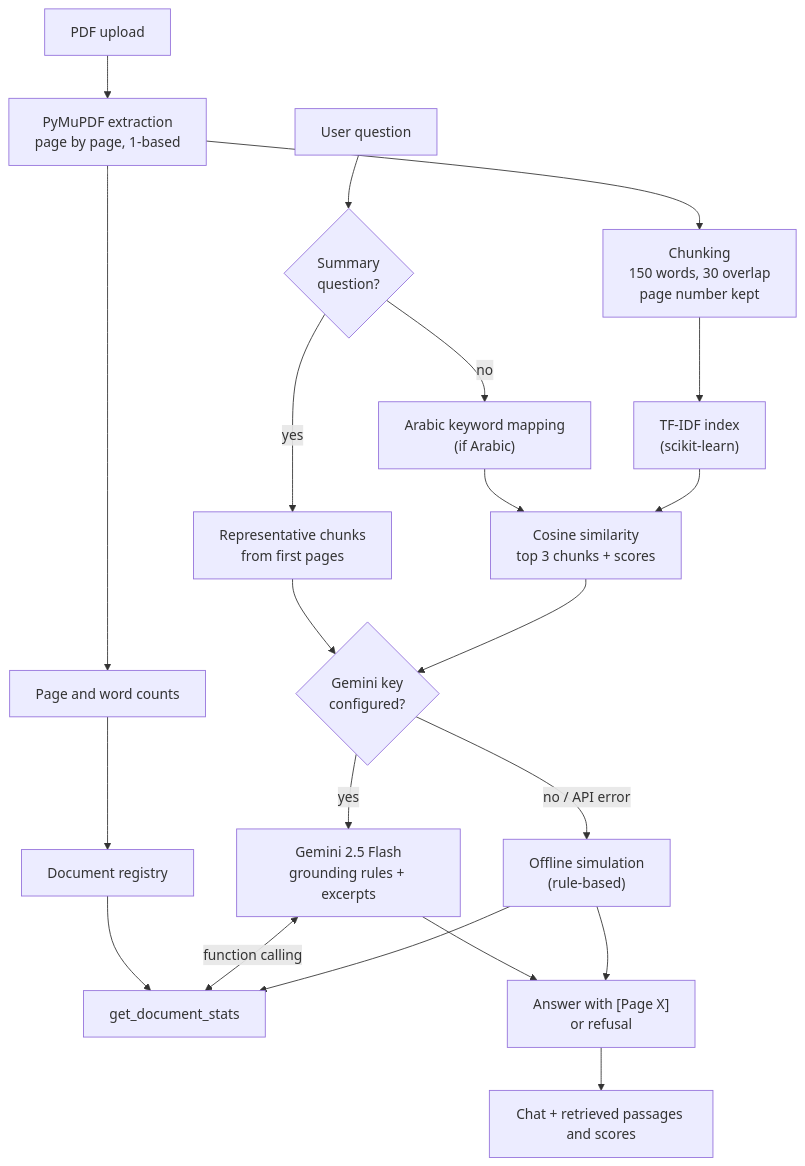
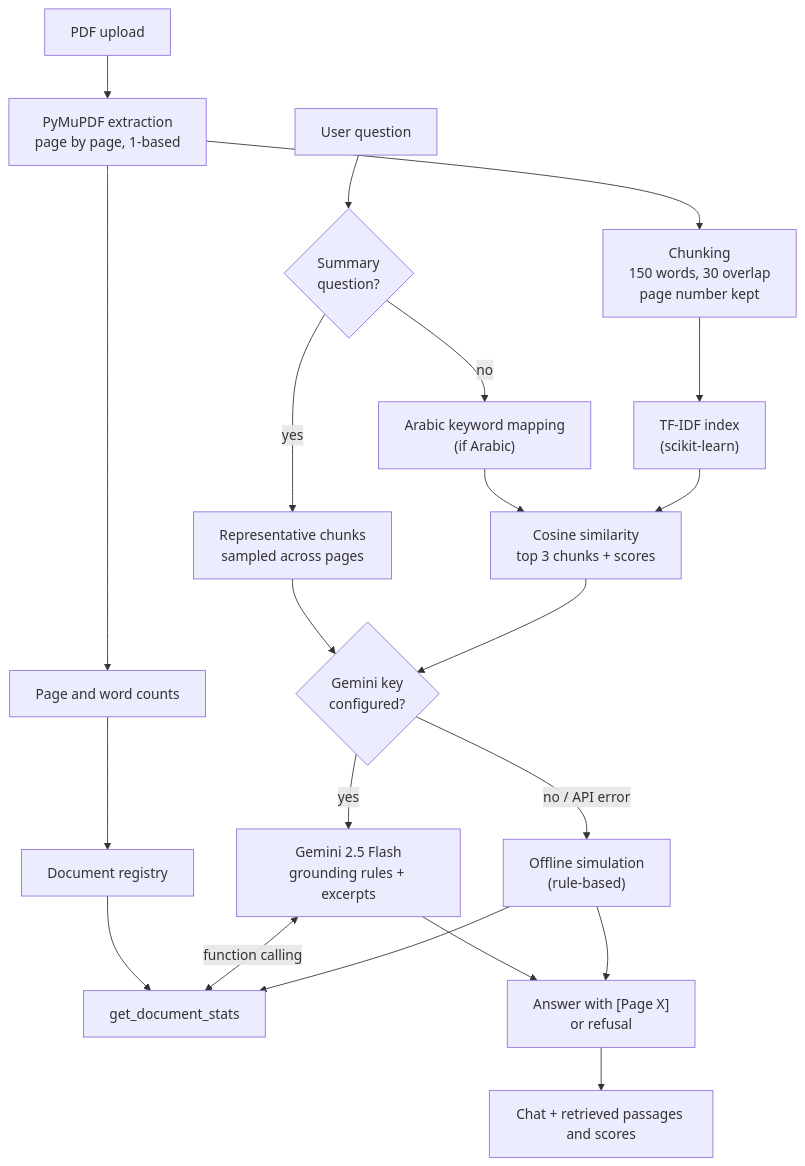
One commit to lolo67fa/ask-my-pdf-rag changed the diagram in README.md. Above: the diagram before and after it, drawn with Mermaid. The commit also changed other lines of this file and 8 other files, not shown here.

````diff
--- a/README.md
+++ b/README.md
@@ -107,26 +109,26 @@
 ```mermaid
 flowchart TD
     A["PDF upload"] --> B["PyMuPDF extraction<br/>page by page, 1-based"]
     B --> C["Chunking<br/>150 words, 30 overlap<br/>page number kept"]
     B --> M["Page and word counts"]
     M --> REG["Document registry"]
     C --> D["TF-IDF index<br/>(scikit-learn)"]
 
     Q["User question"] --> S{"Summary<br/>question?"}
-    S -- yes --> SP["Representative chunks<br/>from first pages"]
+    S -- yes --> SP["Representative chunks<br/>sampled across pages"]
     S -- no --> L["Arabic keyword mapping<br/>(if Arabic)"]
     L --> F["Cosine similarity<br/>top 3 chunks + scores"]
     D --> F
 
     SP --> G{"Gemini key<br/>configured?"}
     F --> G
     G -- yes --> GEM["Gemini 2.5 Flash<br/>grounding rules + excerpts"]
     G -- "no / API error" --> OFF["Offline simulation<br/>(rule-based)"]
     REG --> TOOL["get_document_stats"]
     GEM <-->|function calling| TOOL
     OFF --> TOOL
 
     GEM --> ANS["Answer with [Page X]<br/>or refusal"]
     OFF --> ANS
     ANS --> UI["Chat + retrieved passages and scores"]
 ```
````
